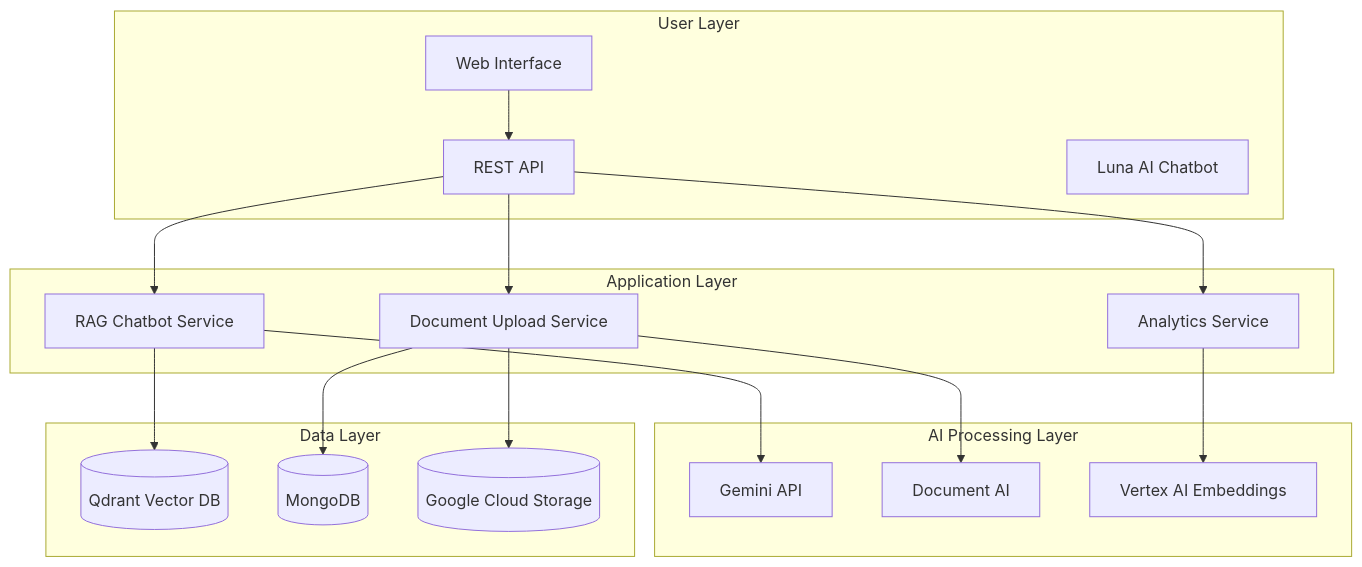
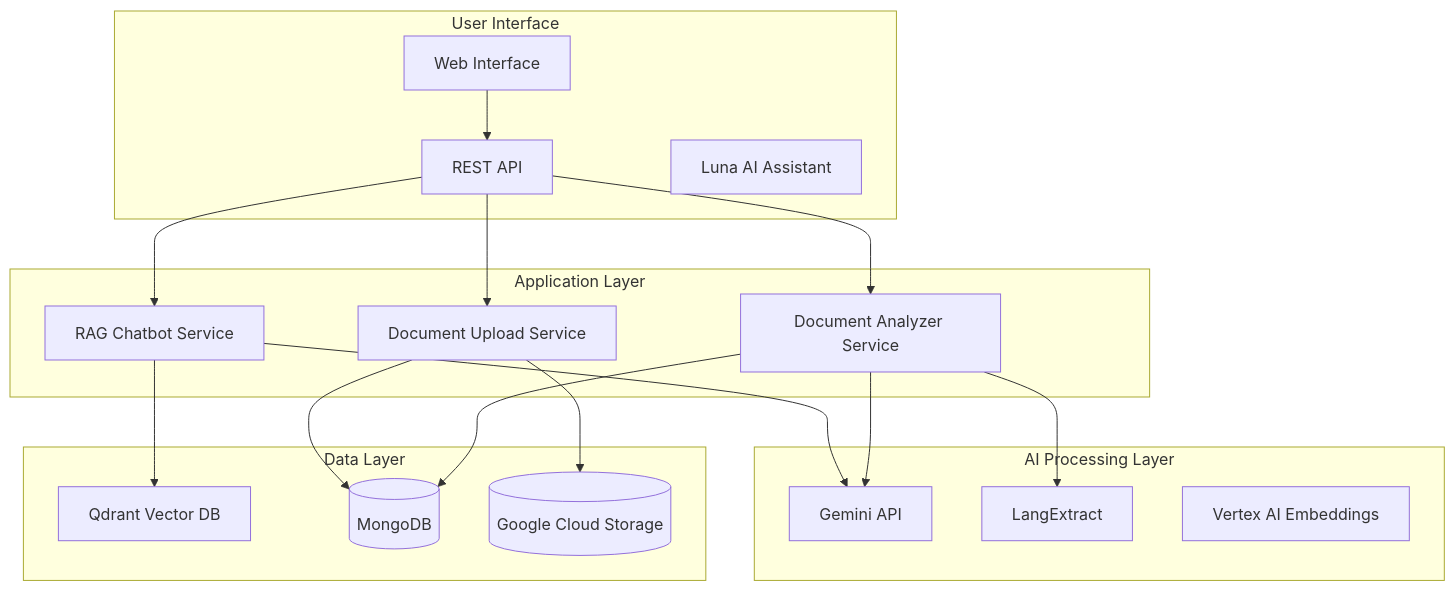
Before and after one commit to LegalClarity/VectorDB: the diagram in README.md, drawn with Mermaid. The commit also changed other lines of this file and 28 other files, not shown here.

Commit message:
Implement Document Analyzer API with LangExtract and Gemini Flash integration, enhancing legal document analysis capabilities. Update README and configuration for improved clarity and functionality. Refactor imports and streamline GCS service for better performance.

````diff
--- a/README.md
+++ b/README.md
@@ -38,39 +41,40 @@
 ```mermaid
 graph TB
-    subgraph "User Layer"
+    subgraph "User Interface"
         UI[Web Interface]
         API[REST API]
-        Luna[Luna AI Chatbot]
+        Luna[Luna AI Assistant]
     end
 
     subgraph "Application Layer"
         RAG[RAG Chatbot Service]
         DOC[Document Upload Service]
-        ANALYTICS[Analytics Service]
+        ANALYZER[Document Analyzer Service]
     end
 
     subgraph "AI Processing Layer"
         GEMINI[Gemini API]
-        DOCAI[Document AI]
+        LANGEXTRACT[LangExtract]
         VERTEX[Vertex AI Embeddings]
     end
 
     subgraph "Data Layer"
-        QDRANT[(Qdrant Vector DB)]
+        QDRANT[Qdrant Vector DB]
         MONGODB[(MongoDB)]
         GCS[(Google Cloud Storage)]
     end
 
     UI --> API
     API --> RAG
     API --> DOC
-    API --> ANALYTICS
+    API --> ANALYZER
 
     RAG --> GEMINI
-    DOC --> DOCAI
-    ANALYTICS --> VERTEX
+    ANALYZER --> LANGEXTRACT
+    ANALYZER --> GEMINI
 
     RAG --> QDRANT
     DOC --> MONGODB
     DOC --> GCS
+    ANALYZER --> MONGODB
 ```
````
